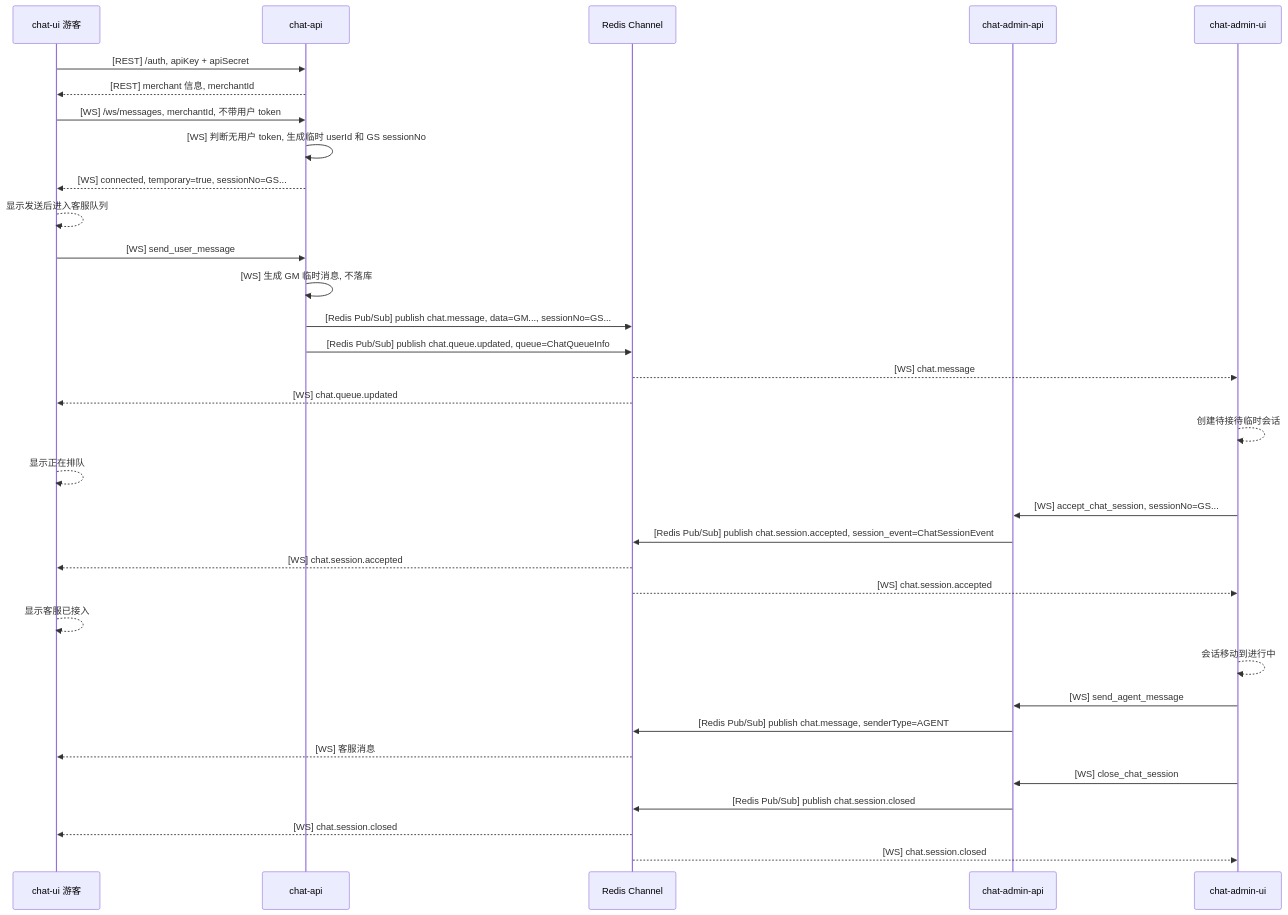
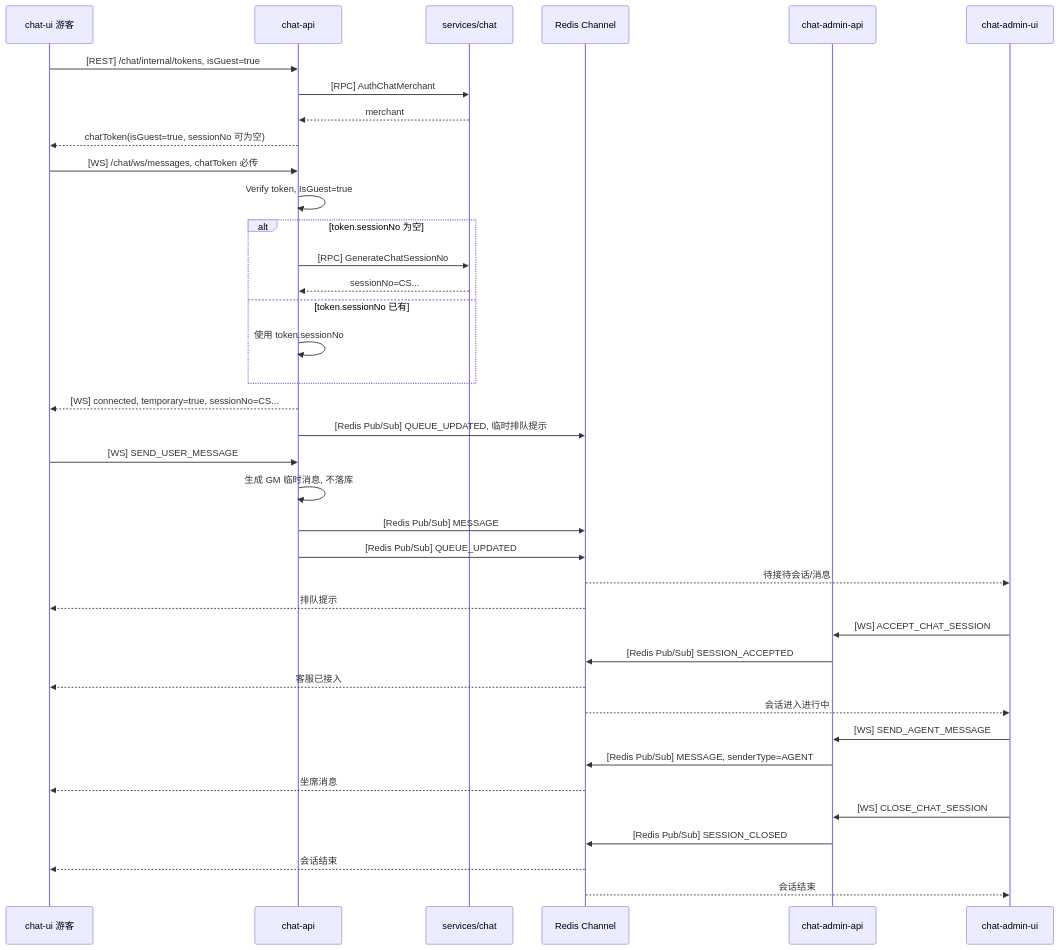
Before and after one commit to colbort/wklive: the second of 4 diagrams in services/chat/CHAT_FLOW.md, drawn with Mermaid. The commit also changed other lines of this file and 4 other files, not shown here.

````diff
--- a/services/chat/CHAT_FLOW.md
+++ b/services/chat/CHAT_FLOW.md
@@ -110,36 +103,41 @@
 ```mermaid
 sequenceDiagram
     participant U as chat-ui 游客
     participant CA as chat-api
+    participant RPC as services/chat
     participant BUS as Redis Channel
     participant AA as chat-admin-api
     participant AU as chat-admin-ui
 
-    U->>CA: [REST] /auth, apiKey + apiSecret
-    CA-->>U: [REST] merchant 信息, merchantId
-    U->>CA: [WS] /ws/messages, merchantId, 不带用户 token
-    CA->>CA: [WS] 判断无用户 token, 生成临时 userId 和 GS sessionNo
-    CA-->>U: [WS] connected, temporary=true, sessionNo=GS...
-    U-->>U: 显示发送后进入客服队列
-    U->>CA: [WS] send_user_message
-    CA->>CA: [WS] 生成 GM 临时消息, 不落库
-    CA->>BUS: [Redis Pub/Sub] publish chat.message, data=GM..., sessionNo=GS...
-    CA->>BUS: [Redis Pub/Sub] publish chat.queue.updated, queue=ChatQueueInfo
-    BUS-->>AU: [WS] chat.message
-    BUS-->>U: [WS] chat.queue.updated
-    AU-->>AU: 创建待接待临时会话
-    U-->>U: 显示正在排队
-    AU->>AA: [WS] accept_chat_session, sessionNo=GS...
-    AA->>BUS: [Redis Pub/Sub] publish chat.session.accepted, session_event=ChatSessionEvent
-    BUS-->>U: [WS] chat.session.accepted
-    BUS-->>AU: [WS] chat.session.accepted
-    U-->>U: 显示客服已接入
-    AU-->>AU: 会话移动到进行中
-    AU->>AA: [WS] send_agent_message
-    AA->>BUS: [Redis Pub/Sub] publish chat.message, senderType=AGENT
-    BUS-->>U: [WS] 客服消息
-    AU->>AA: [WS] close_chat_session
-    AA->>BUS: [Redis Pub/Sub] publish chat.session.closed
-    BUS-->>U: [WS] chat.session.closed
-    BUS-->>AU: [WS] chat.session.closed
+    U->>CA: [REST] /chat/internal/tokens, isGuest=true
+    CA->>RPC: [RPC] AuthChatMerchant
+    RPC-->>CA: merchant
+    CA-->>U: chatToken(isGuest=true, sessionNo 可为空)
+    U->>CA: [WS] /chat/ws/messages, chatToken 必传
+    CA->>CA: Verify token, IsGuest=true
+    alt token.sessionNo 为空
+        CA->>RPC: [RPC] GenerateChatSessionNo
+        RPC-->>CA: sessionNo=CS...
+    else token.sessionNo 已有
+        CA->>CA: 使用 token.sessionNo
+    end
+    CA-->>U: [WS] connected, temporary=true, sessionNo=CS...
+    CA->>BUS: [Redis Pub/Sub] QUEUE_UPDATED, 临时排队提示
+    U->>CA: [WS] SEND_USER_MESSAGE
+    CA->>CA: 生成 GM 临时消息, 不落库
+    CA->>BUS: [Redis Pub/Sub] MESSAGE
+    CA->>BUS: [Redis Pub/Sub] QUEUE_UPDATED
+    BUS-->>AU: 待接待会话/消息
+    BUS-->>U: 排队提示
+    AU->>AA: [WS] ACCEPT_CHAT_SESSION
+    AA->>BUS: [Redis Pub/Sub] SESSION_ACCEPTED
+    BUS-->>U: 客服已接入
+    BUS-->>AU: 会话进入进行中
+    AU->>AA: [WS] SEND_AGENT_MESSAGE
+    AA->>BUS: [Redis Pub/Sub] MESSAGE, senderType=AGENT
+    BUS-->>U: 坐席消息
+    AU->>AA: [WS] CLOSE_CHAT_SESSION
+    AA->>BUS: [Redis Pub/Sub] SESSION_CLOSED
+    BUS-->>U: 会话结束
+    BUS-->>AU: 会话结束
 ```
````
